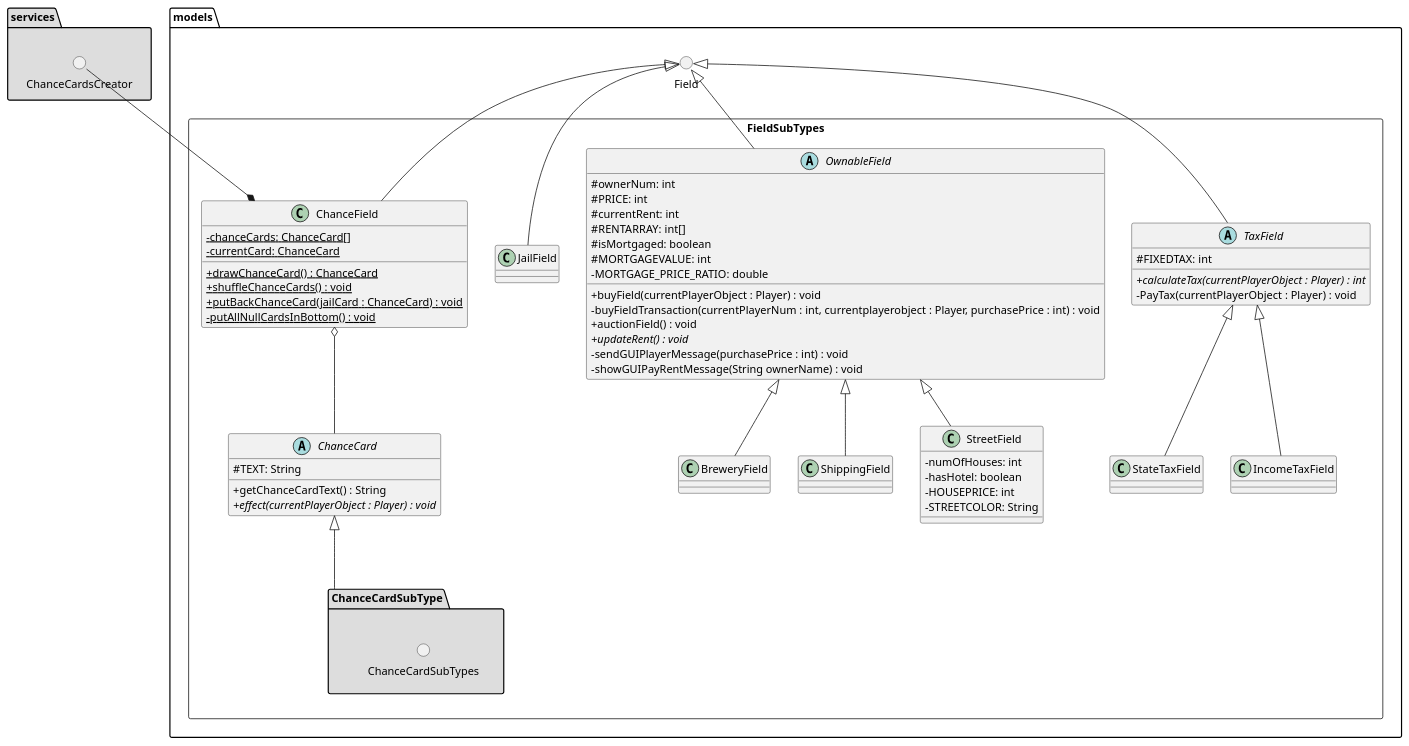
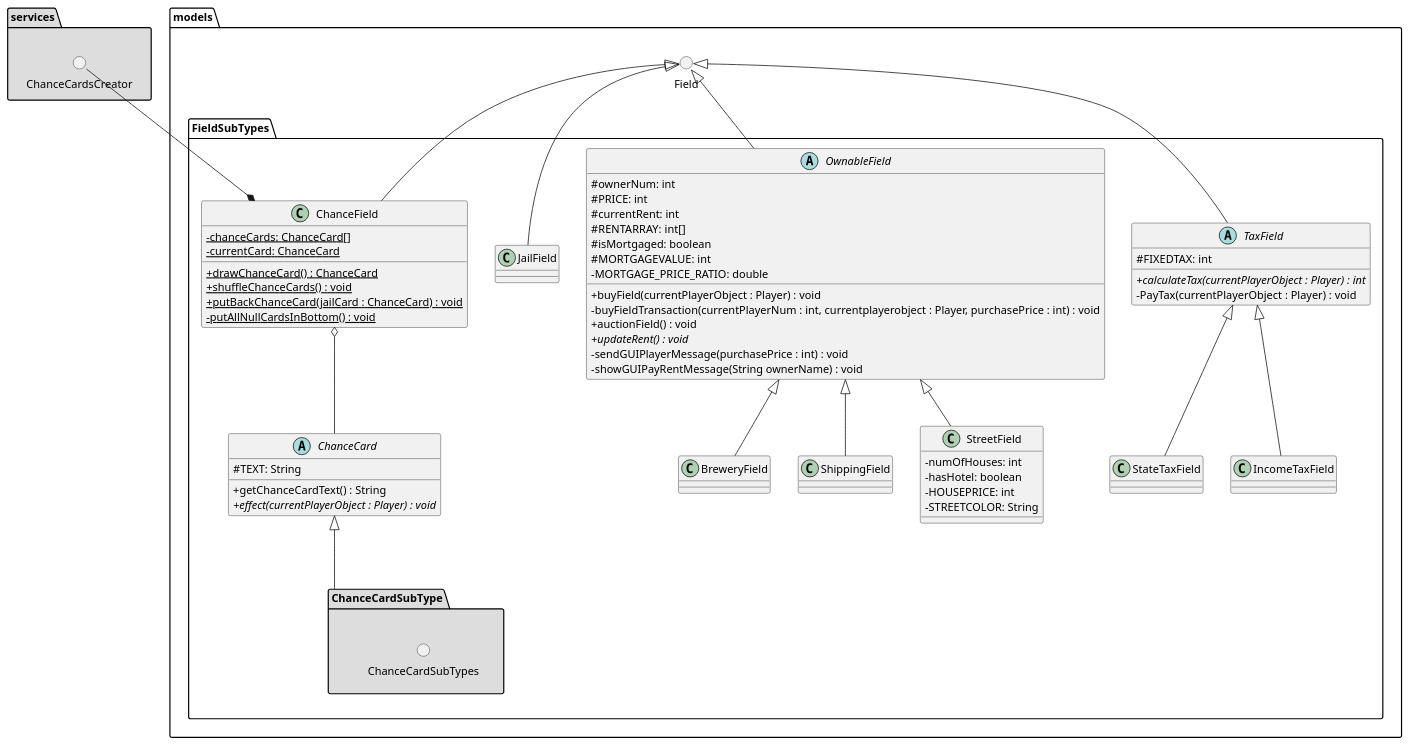
The diagram in 18_final/UML/DesignClassDiagram/FieldSubTypes.puml (GabeKierk889/gruppe-18), drawn with PlantUML before and after one commit. The commit also changed 2 other files, not shown here.

Commit message:
fieldsubtypes packaging in diagrams

```diff
--- a/18_final/UML/DesignClassDiagram/FieldSubTypes.puml
+++ b/18_final/UML/DesignClassDiagram/FieldSubTypes.puml
@@ -1,116 +1,116 @@
 @startuml
 'https://plantuml.com/class-diagram
 
 
 skinparam classAttributeIconSize 0
 
 skinparam ParticipantPadding 30
 
 
 package  services #DDDDDD {
 () ChanceCardsCreator
 }
 
 package models {
 () Field
 
-package FieldSubTypes <<Rectangle>> {
+package FieldSubTypes {
 
 
 class ChanceField {
     {static}-chanceCards: ChanceCard[]
     {static}-currentCard: ChanceCard
 
     {static}+drawChanceCard() : ChanceCard
     {static}+shuffleChanceCards() : void
     {static}+putBackChanceCard(jailCard : ChanceCard) : void
     {static}-putAllNullCardsInBottom() : void
 }
 abstract class ChanceCard {
 #TEXT: String
 +getChanceCardText() : String
 {abstract}+effect(currentPlayerObject : Player) : void
 }
 
 package ChanceCardSubType #DDDDDD {
 
 () ChanceCardSubTypes
 
 
 
 }
 
 
 abstract class OwnableField {
         #ownerNum: int
         #PRICE: int
         #currentRent: int
         #RENTARRAY: int[]
         #isMortgaged: boolean
         #MORTGAGEVALUE: int
         -MORTGAGE_PRICE_RATIO: double
 
         +buyField(currentPlayerObject : Player) : void
         -buyFieldTransaction(currentPlayerNum : int, currentplayerobject : Player, purchasePrice : int) : void
         +auctionField() : void
         {abstract}+updateRent() : void
         -sendGUIPlayerMessage(purchasePrice : int) : void
         -showGUIPayRentMessage(String ownerName) : void
 
 }
 
 class StreetField {
     -numOfHouses: int
     -hasHotel: boolean
     -HOUSEPRICE: int
     -STREETCOLOR: String
 
 }
 
 class BreweryField {
 
 }
 
 class ShippingField {
 
 }
 
 
 class JailField {
 
 }
 
 abstract class TaxField {
     #FIXEDTAX: int
 
     {abstract}+calculateTax(currentPlayerObject : Player) : int
     -PayTax(currentPlayerObject : Player) : void
 }
 
 class StateTaxField {
 
 }
 
 class IncomeTaxField {
 
 }
 
 }
 
 }
 
 
 ChanceCardsCreator --* ChanceField
 ChanceField o-- ChanceCard
 ChanceCard <|--- ChanceCardSubType
 OwnableField <|-- StreetField
 Field <|-- ChanceField
 Field <|-- JailField
 Field <|-- TaxField
 Field <|-- OwnableField
 OwnableField <|-- BreweryField
 OwnableField <|-- ShippingField
 TaxField <|-- StateTaxField
 TaxField <|-- IncomeTaxField
 
 @enduml
```
